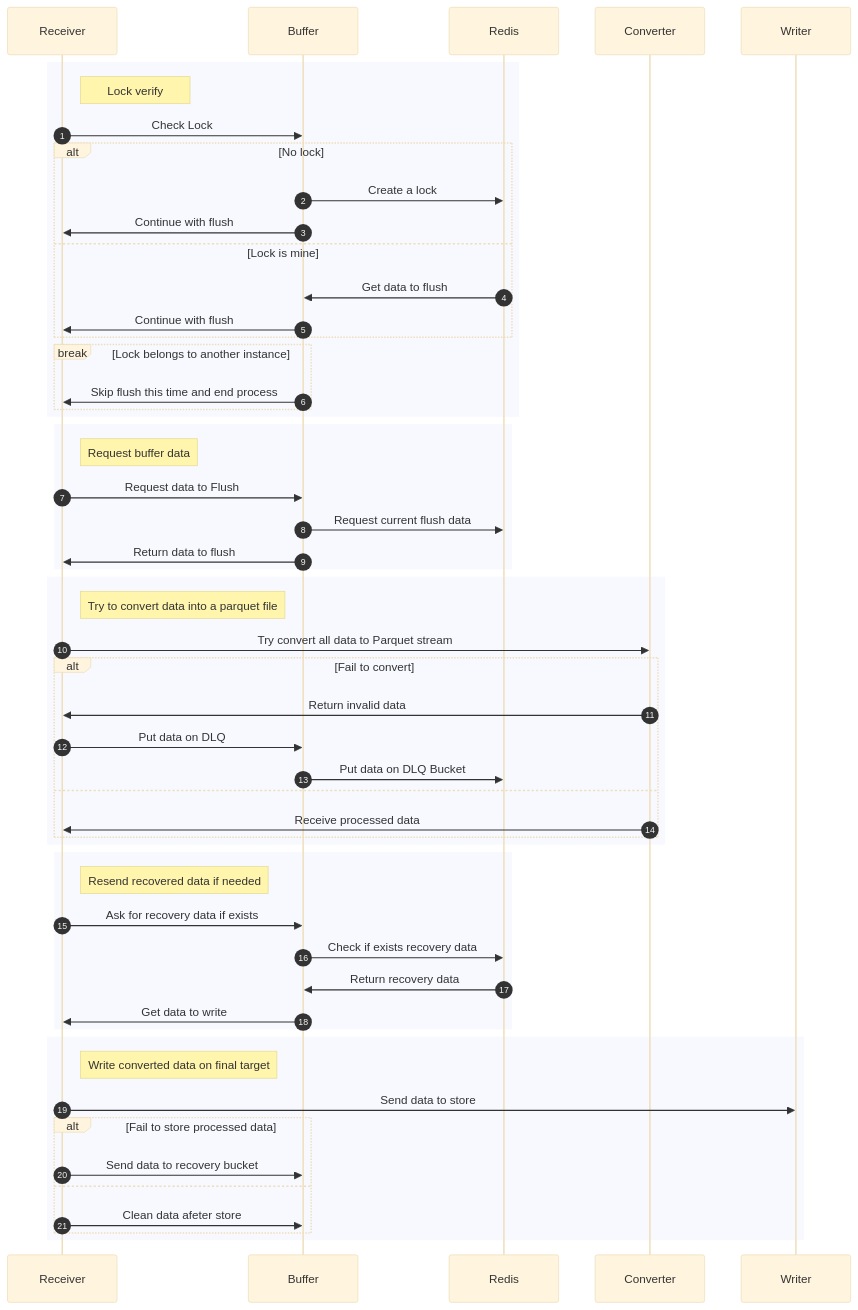
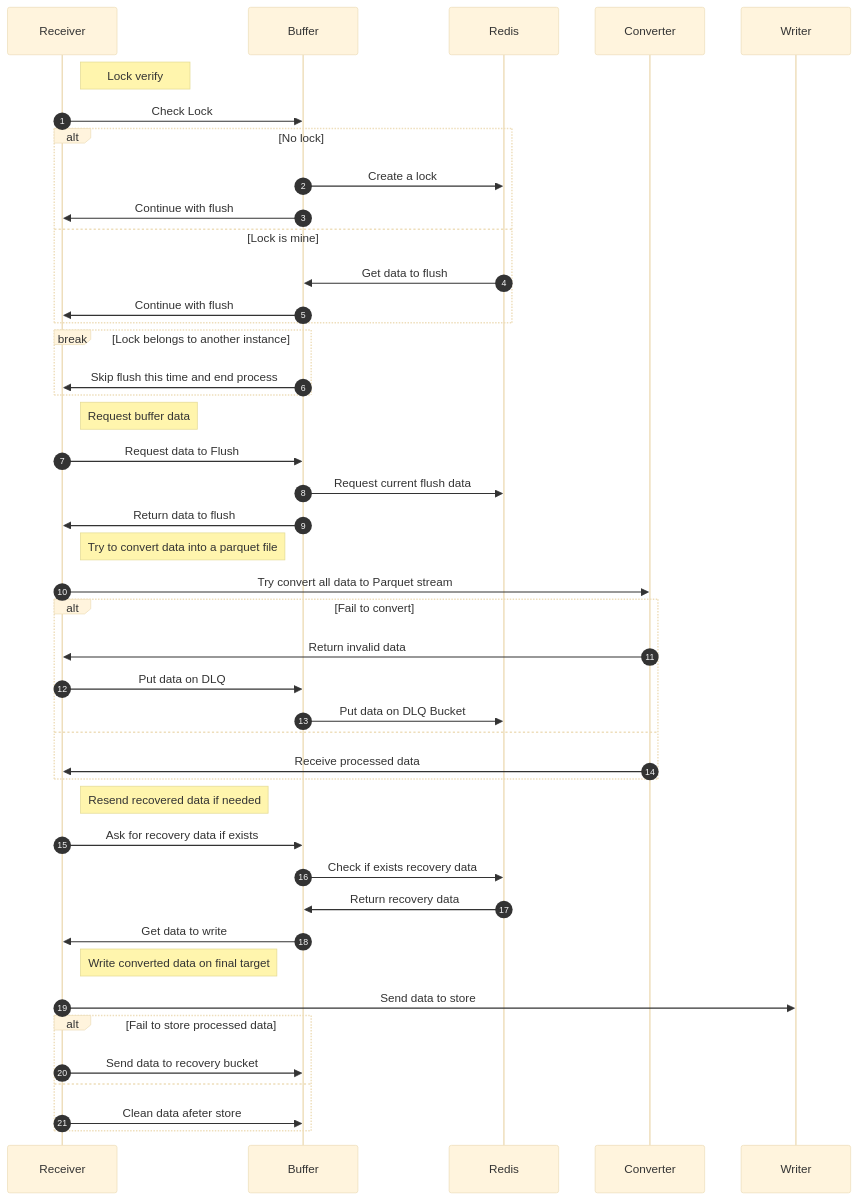
The second of 2 diagrams in README.md (RafaelFino/Data2Parquet-go), drawn with Mermaid (base theme) before and after one commit.

Commit message:
Imp - Fix readme.md colors

````diff
--- a/README.md
+++ b/README.md
@@ -31,61 +31,51 @@
 ```mermaid
 sequenceDiagram
 	autonumber
 	participant Receiver
     participant Buffer   
 	participant Redis
 	participant Converter
 	participant Writer
-
-	rect 
+	
 	note right of Receiver: Lock verify
 		Receiver->>Buffer: Check Lock
 		alt No lock
 			Buffer->>Redis: Create a lock
 			Buffer->>Receiver: Continue with flush
 		else Lock is mine
 			Redis->>Buffer: Get data to flush		
 			Buffer->>Receiver: Continue with flush
 		end
 		break Lock belongs to another instance
 			Buffer->>Receiver: Skip flush this time and end process
 		end
-	end
-	
-	rect 
+		
 	note right of Receiver: Request buffer data
 		Receiver->>Buffer: Request data to Flush
 		Buffer->>Redis: Request current flush data
 		Buffer->>Receiver: Return data to flush		
-	end
-	
-	rect 
+		
 	note right of Receiver: Try to convert data into a parquet file				
 		Receiver->>Converter: Try convert all data to Parquet stream	
 		alt Fail to convert
 			Converter->>Receiver: Return invalid data
 			Receiver->>Buffer: Put data on DLQ
 			Buffer->>Redis: Put data on DLQ Bucket
 		else
 			Converter->>Receiver: Receive processed data
 		end
-	end
 	
-	rect 
 	note right of Receiver: Resend recovered data if needed
 		Receiver->>Buffer: Ask for recovery data if exists
 		Buffer->>Redis: Check if exists recovery data
 		Redis->>Buffer: Return recovery data
 		Buffer->>Receiver: Get data to write
-	end
 	
-	rect 
 	note right of Receiver: Write converted data on final target	
 		Receiver->>Writer: Send data to store
 		alt Fail to store processed data
 			Receiver->>Buffer: Send data to recovery bucket
 		else
 			Receiver->>Buffer: Clean data afeter store
 		end
-	end
 ```
````
